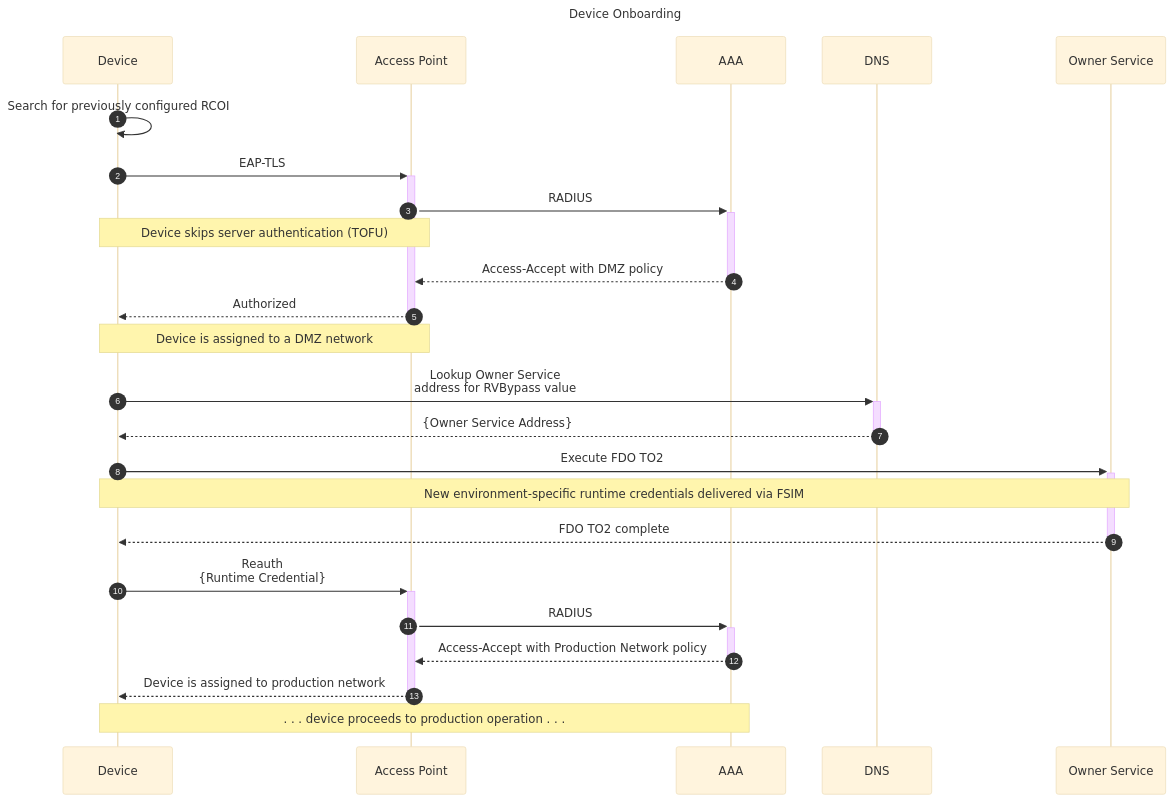
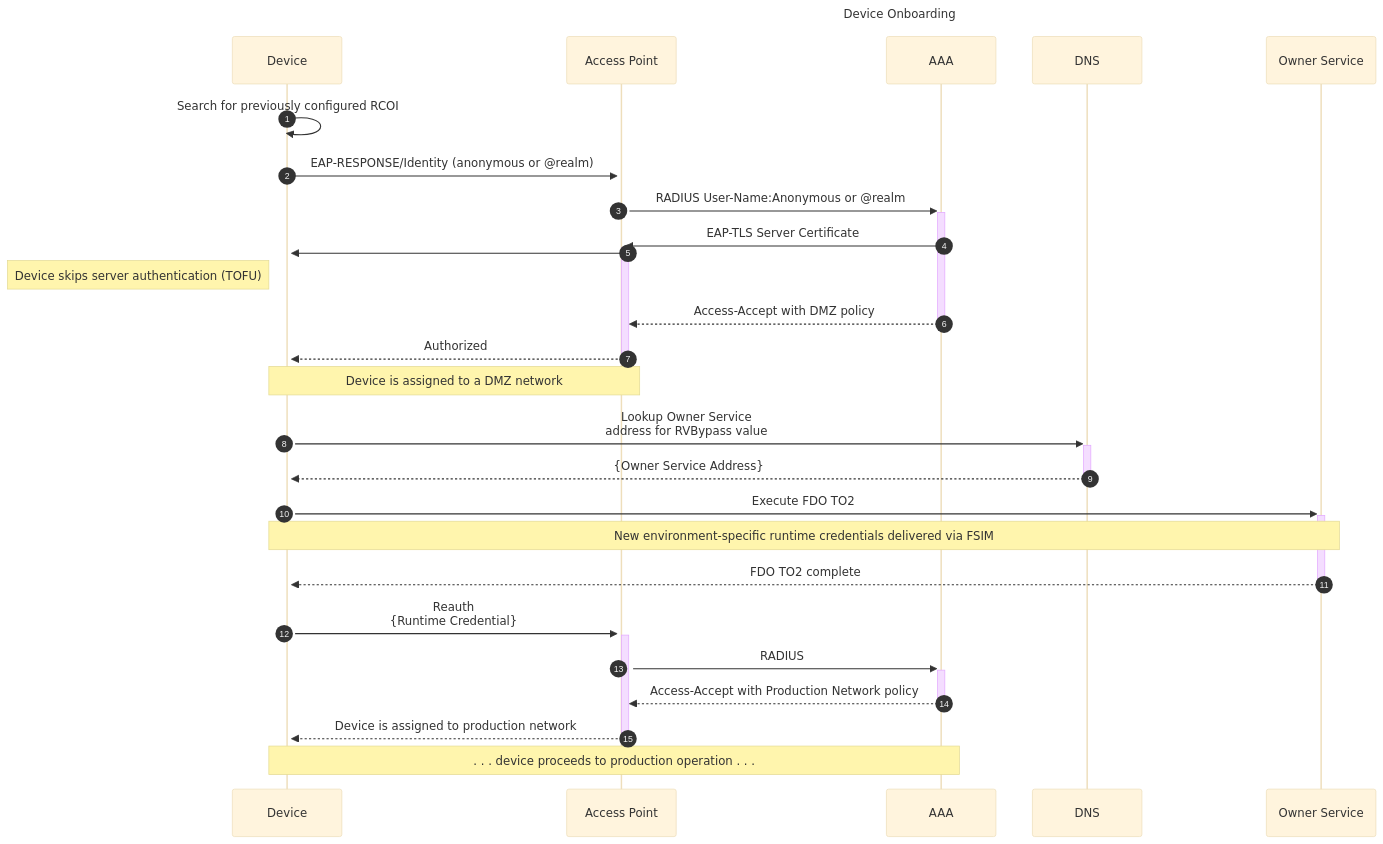
The second of 2 diagrams in WORKFLOWS.md (wireless-broadband-alliance/WBA-FIDO-Collaboration), drawn with Mermaid (base theme) before and after one commit.

````diff
--- a/WORKFLOWS.md
+++ b/WORKFLOWS.md
@@ -70,32 +70,35 @@
 ```mermaid
 sequenceDiagram
     title Device Onboarding
     participant dev as Device
     participant ap as Access Point
     participant aaa as AAA
     participant dns as DNS
     participant owner as Owner Service
 
     autonumber
 
     dev ->> dev: Search for previously configured RCOI
-    dev ->>+ ap: EAP-TLS
-    ap ->>+ aaa: RADIUS
-    note over dev,ap: Device skips server authentication (TOFU)
+    dev ->>+ ap: EAP-RESPONSE/Identity (anonymous or @realm)
+    ap ->>+ aaa: RADIUS User-Name:Anonymous or @realm
+
+    aaa ->>+ ap: EAP-TLS Server Certificate
+    ap ->>+ dev: 
+    note left of dev : Device skips server authentication (TOFU)
     aaa -->>- ap: Access-Accept with DMZ policy
     ap -->>- dev: Authorized
     note over dev,ap: Device is assigned to a DMZ network
 
     dev ->>+ dns: Lookup Owner Service<br/>address for RVBypass value
     dns -->>- dev: {Owner Service Address}
 
     dev ->>+ owner: Execute FDO TO2
     note over dev,owner: New environment-specific runtime credentials delivered via FSIM
     owner -->>- dev: FDO TO2 complete
 
     dev ->>+ ap: Reauth<br/>{Runtime Credential}
     ap ->>+ aaa: RADIUS
     aaa -->>- ap: Access-Accept with Production Network policy
     ap -->>- dev: Device is assigned to production network
     note over dev,aaa: . . . device proceeds to production operation . . .
 ```
````
